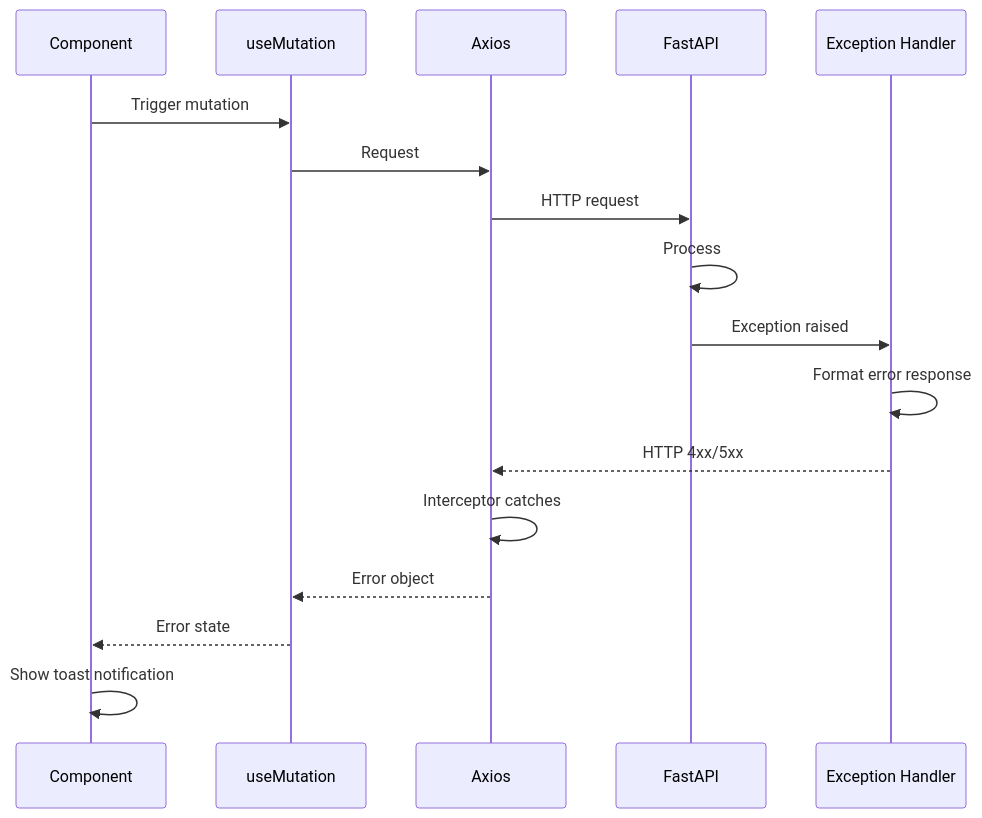
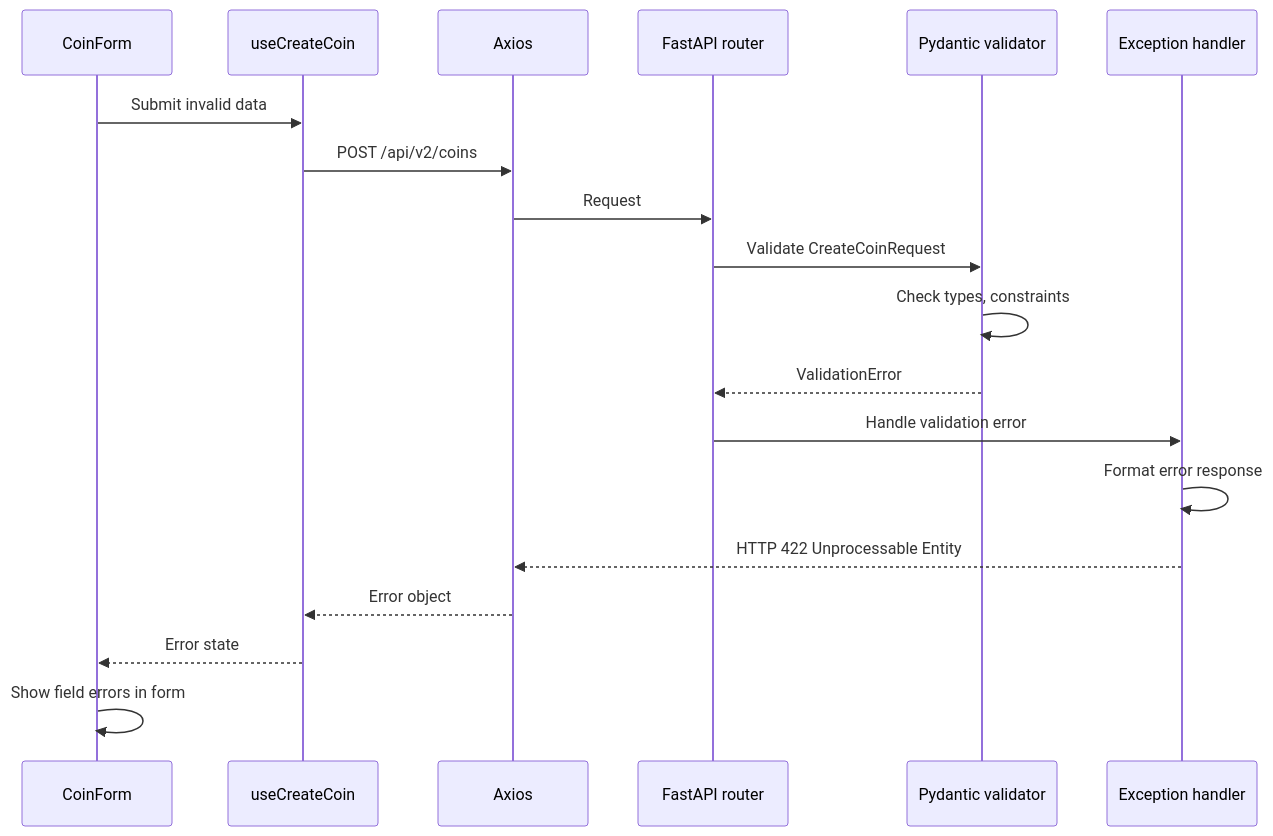
One commit to isayev/coinstack changed diagram 15 of 18 in docs/ai-guide/06-DATA-FLOWS.md. Above: the diagram before and after it, drawn with Mermaid. The commit also changed other lines of this file and 6 other files, not shown here.

````diff
--- a/docs/ai-guide/06-DATA-FLOWS.md
+++ b/docs/ai-guide/06-DATA-FLOWS.md
@@ -506,20 +618,22 @@
 ```mermaid
 sequenceDiagram
-    participant UI as Component
-    participant Hook as useMutation
+    participant UI as CoinForm
+    participant Hook as useCreateCoin
     participant API as Axios
-    participant Backend as FastAPI
-    participant Handler as Exception Handler
+    participant Router as FastAPI router
+    participant Pydantic as Pydantic validator
+    participant Handler as Exception handler
 
-    UI->>Hook: Trigger mutation
-    Hook->>API: Request
-    API->>Backend: HTTP request
-    Backend->>Backend: Process
-    Backend->>Handler: Exception raised
+    UI->>Hook: Submit invalid data
+    Hook->>API: POST /api/v2/coins
+    API->>Router: Request
+    Router->>Pydantic: Validate CreateCoinRequest
+    Pydantic->>Pydantic: Check types, constraints
+    Pydantic-->>Router: ValidationError
+    Router->>Handler: Handle validation error
     Handler->>Handler: Format error response
-    Handler-->>API: HTTP 4xx/5xx
-    API->>API: Interceptor catches
+    Handler-->>API: HTTP 422 Unprocessable Entity
     API-->>Hook: Error object
     Hook-->>UI: Error state
-    UI->>UI: Show toast notification
+    UI->>UI: Show field errors in form
 ```
````
